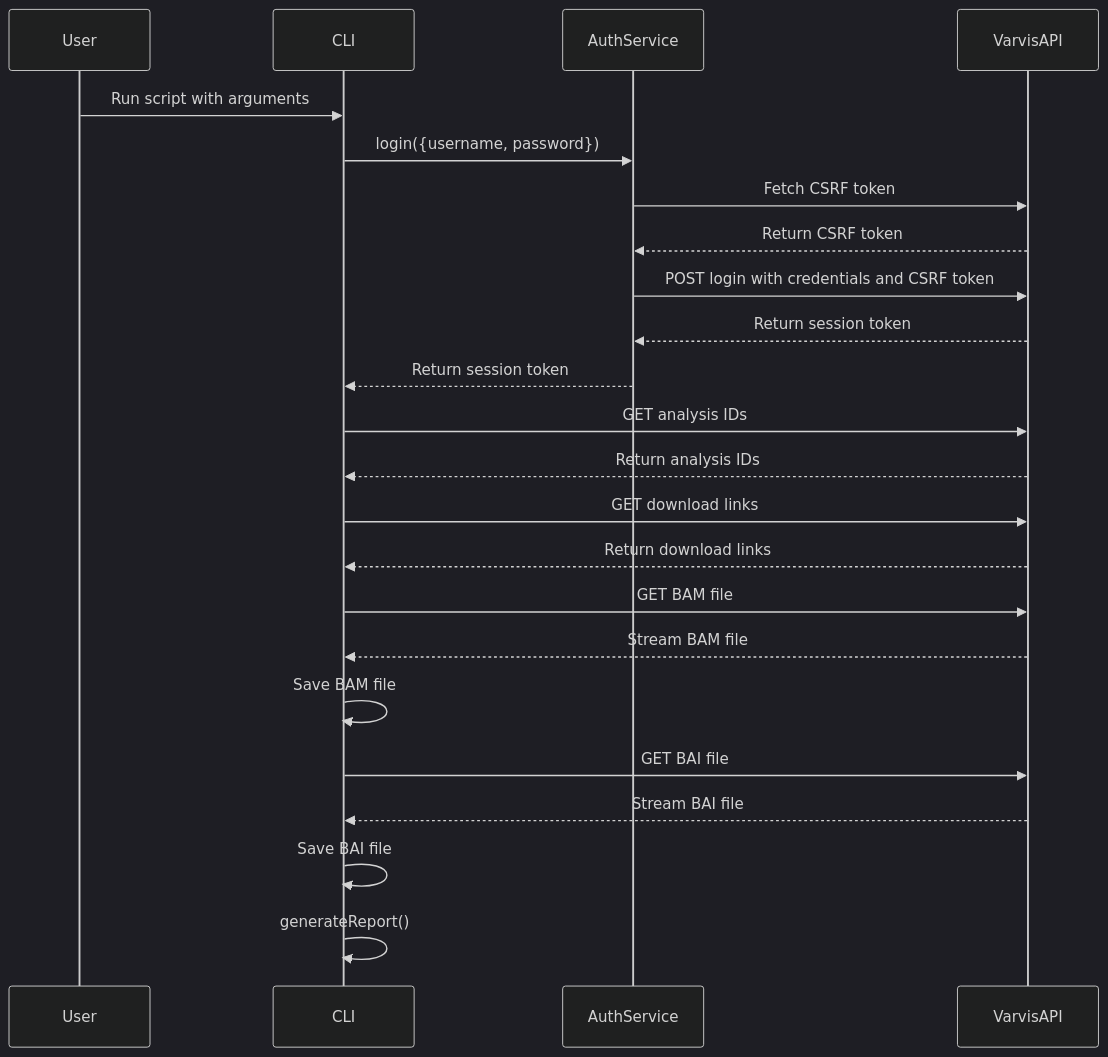
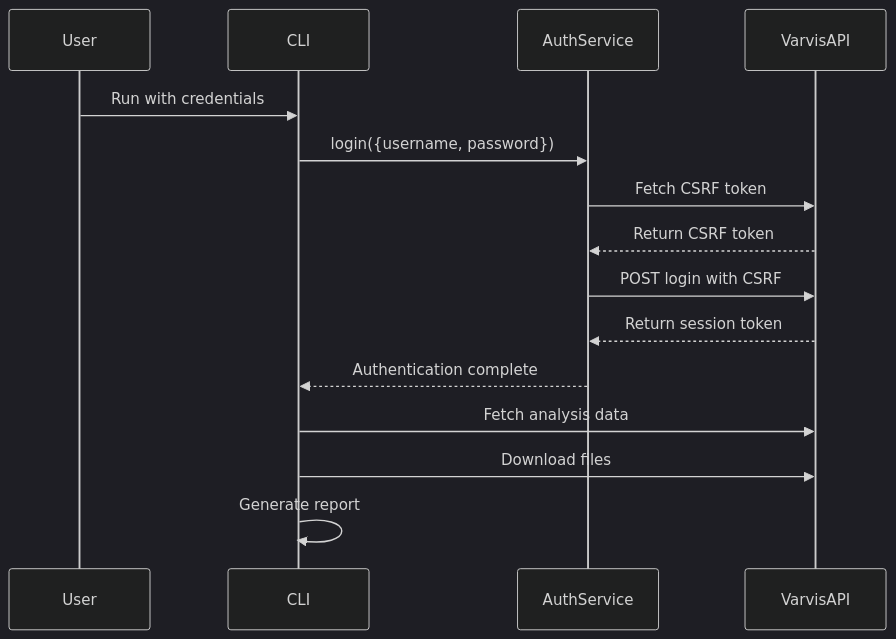
Before and after one commit to LaborBerlin/varvis-download: the second of 2 diagrams in README.md, drawn with Mermaid (dark theme). The commit also changed other lines of this file, not shown here.

````diff
--- a/README.md
+++ b/README.md
@@ -157,31 +258,19 @@
 ```mermaid
 sequenceDiagram
     participant User
     participant CLI
     participant AuthService
     participant VarvisAPI
 
-    User->>CLI: Run script with arguments
+    User->>CLI: Run with credentials
     CLI->>AuthService: login({username, password})
     AuthService->>VarvisAPI: Fetch CSRF token
     VarvisAPI-->>AuthService: Return CSRF token
-    AuthService->>VarvisAPI: POST login with credentials and CSRF token
+    AuthService->>VarvisAPI: POST login with CSRF
     VarvisAPI-->>AuthService: Return session token
-    AuthService-->>CLI: Return session token
-
-    CLI->>VarvisAPI: GET analysis IDs
-    VarvisAPI-->>CLI: Return analysis IDs
-
-    CLI->>VarvisAPI: GET download links
-    VarvisAPI-->>CLI: Return download links
-
-    CLI->>VarvisAPI: GET BAM file
-    VarvisAPI-->>CLI: Stream BAM file
-    CLI->>CLI: Save BAM file
-
-    CLI->>VarvisAPI: GET BAI file
-    VarvisAPI-->>CLI: Stream BAI file
-    CLI->>CLI: Save BAI file
-
-    CLI->>CLI: generateReport()
+    AuthService-->>CLI: Authentication complete
+    
+    CLI->>VarvisAPI: Fetch analysis data
+    CLI->>VarvisAPI: Download files
+    CLI->>CLI: Generate report
 ```
````
